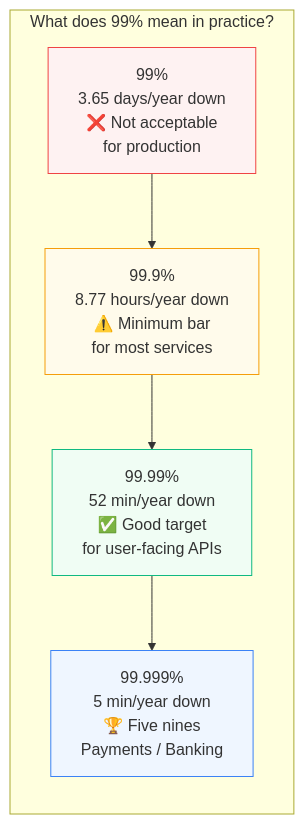
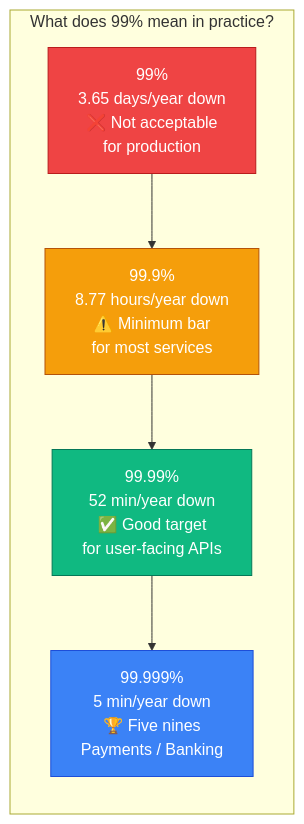
One commit to devops-monk/system-design-blog changed the third of 10 diagrams in content/posts/2026/back-of-the-envelope-estimation.md. Above: the diagram before and after it, drawn with Mermaid. The commit also changed other lines of this file and 5 other files, not shown here.

````diff
--- a/content/posts/2026/back-of-the-envelope-estimation.md
+++ b/content/posts/2026/back-of-the-envelope-estimation.md
@@ -181,15 +220,15 @@
 ```mermaid
 graph LR
     subgraph "What does 99% mean in practice?"
         A["99%\n3.65 days/year down\n❌ Not acceptable\nfor production"]
         B["99.9%\n8.77 hours/year down\n⚠️ Minimum bar\nfor most services"]
         C["99.99%\n52 min/year down\n✅ Good target\nfor user-facing APIs"]
         D["99.999%\n5 min/year down\n🏆 Five nines\nPayments / Banking"]
     end
     A --> B --> C --> D
 
-    style A fill:#FEF2F2,stroke:#EF4444
-    style B fill:#FFFBEB,stroke:#F59E0B
-    style C fill:#F0FDF4,stroke:#10B981
-    style D fill:#EFF6FF,stroke:#3B82F6
+    style A fill:#EF4444,stroke:#B91C1C,color:#fff
+    style B fill:#F59E0B,stroke:#B45309,color:#fff
+    style C fill:#10B981,stroke:#047857,color:#fff
+    style D fill:#3B82F6,stroke:#1D4ED8,color:#fff
 ```
````
